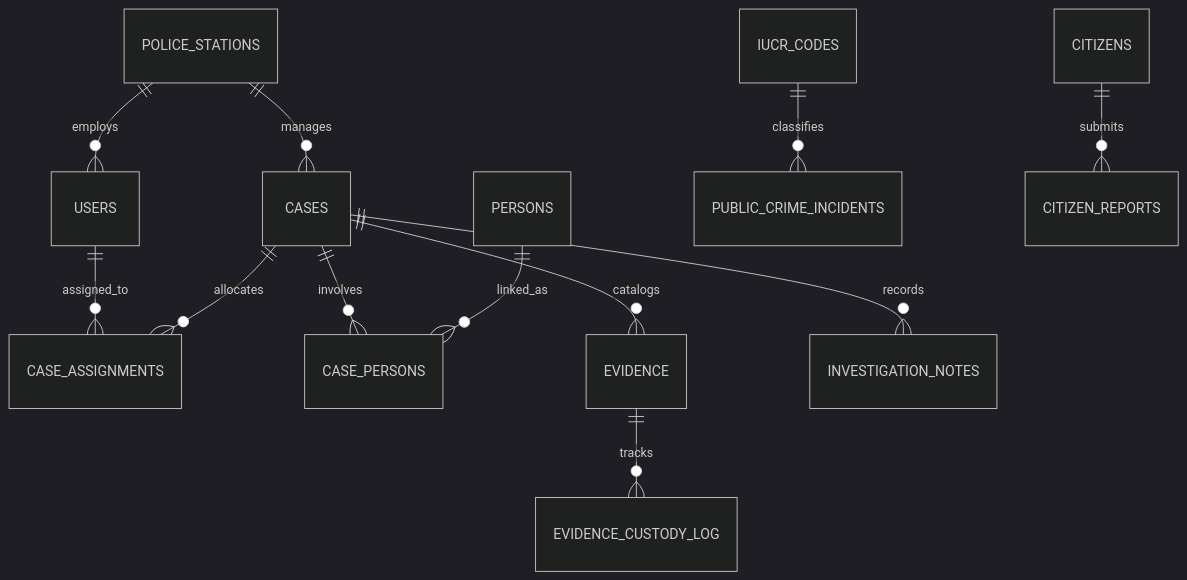
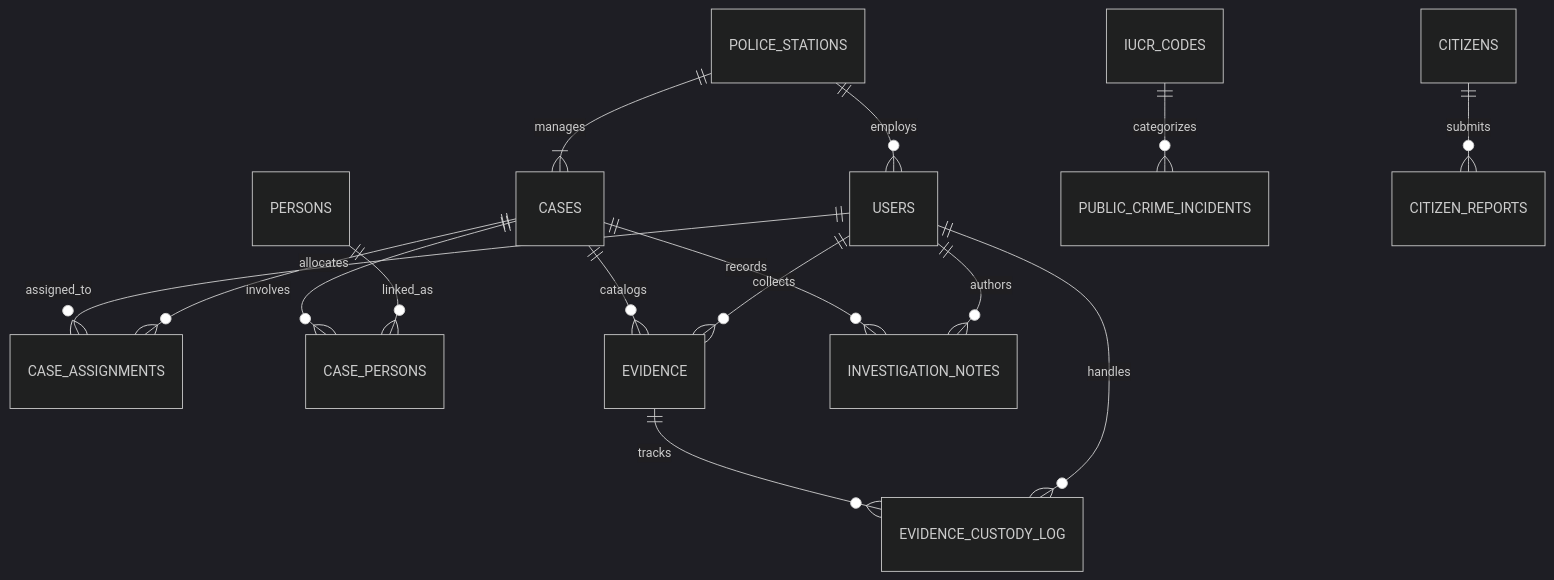
Before and after one commit to ayushshyam21/Criminal-database: the second of 4 diagrams in docs/PROJECT_REPORT.md, drawn with Mermaid (dark theme). The commit also changed other lines of this file, not shown here.

````diff
--- a/docs/PROJECT_REPORT.md
+++ b/docs/PROJECT_REPORT.md
@@ -53,14 +215,17 @@
 ```mermaid
 erDiagram
     POLICE_STATIONS ||--o{ USERS : employs
-    POLICE_STATIONS ||--o{ CASES : manages
+    POLICE_STATIONS ||--|{ CASES : manages
     USERS ||--o{ CASE_ASSIGNMENTS : assigned_to
     CASES ||--o{ CASE_ASSIGNMENTS : allocates
     CASES ||--o{ CASE_PERSONS : involves
     PERSONS ||--o{ CASE_PERSONS : linked_as
     CASES ||--o{ EVIDENCE : catalogs
     EVIDENCE ||--o{ EVIDENCE_CUSTODY_LOG : tracks
     CASES ||--o{ INVESTIGATION_NOTES : records
-    IUCR_CODES ||--o{ PUBLIC_CRIME_INCIDENTS : classifies
+    USERS ||--o{ INVESTIGATION_NOTES : authors
+    USERS ||--o{ EVIDENCE : collects
+    USERS ||--o{ EVIDENCE_CUSTODY_LOG : handles
+    IUCR_CODES ||--o{ PUBLIC_CRIME_INCIDENTS : categorizes
     CITIZENS ||--o{ CITIZEN_REPORTS : submits
 ```
````
